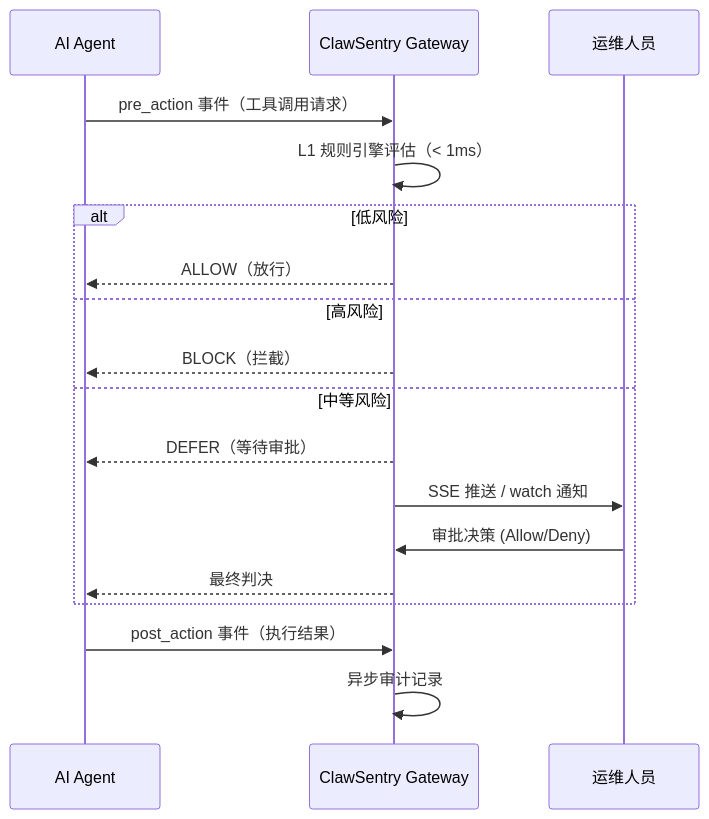
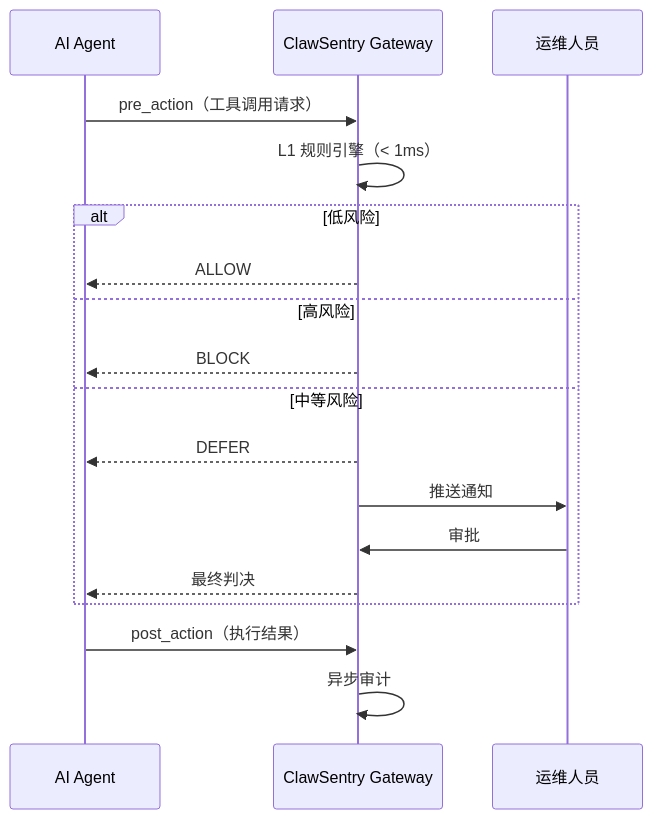
One commit to A3S-Lab/ClawSentry changed the diagram in site-docs/getting-started/quickstart.md. Above: the diagram before and after it, drawn with Mermaid. The commit also changed other lines of this file, not shown here.

````diff
--- a/site-docs/getting-started/quickstart.md
+++ b/site-docs/getting-started/quickstart.md
@@ -327,23 +272,23 @@
 ```mermaid
 sequenceDiagram
     participant Agent as AI Agent
     participant CS as ClawSentry Gateway
     participant Op as 运维人员
 
-    Agent->>CS: pre_action 事件（工具调用请求）
-    CS->>CS: L1 规则引擎评估（< 1ms）
+    Agent->>CS: pre_action（工具调用请求）
+    CS->>CS: L1 规则引擎（< 1ms）
 
     alt 低风险
-        CS-->>Agent: ALLOW（放行）
+        CS-->>Agent: ALLOW
     else 高风险
-        CS-->>Agent: BLOCK（拦截）
+        CS-->>Agent: BLOCK
     else 中等风险
-        CS-->>Agent: DEFER（等待审批）
-        CS->>Op: SSE 推送 / watch 通知
-        Op->>CS: 审批决策 (Allow/Deny)
+        CS-->>Agent: DEFER
+        CS->>Op: 推送通知
+        Op->>CS: 审批
         CS-->>Agent: 最终判决
     end
 
-    Agent->>CS: post_action 事件（执行结果）
-    CS->>CS: 异步审计记录
+    Agent->>CS: post_action（执行结果）
+    CS->>CS: 异步审计
 ```
````
